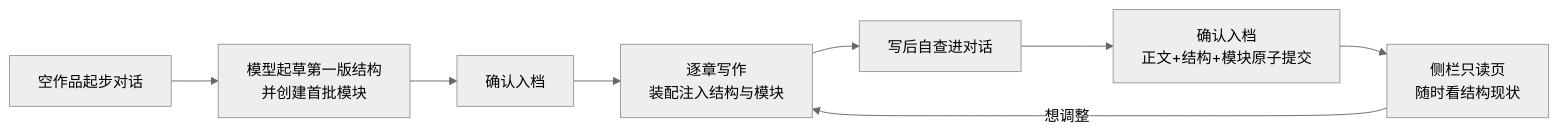
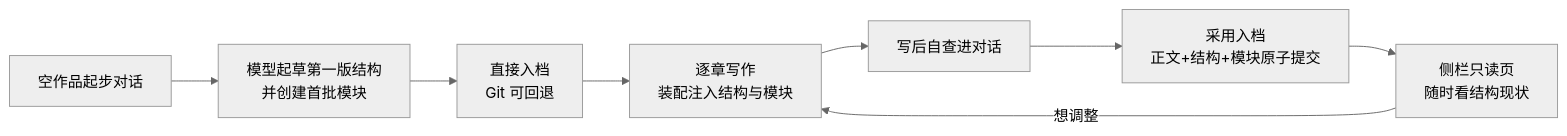
The diagram in product-design/v1.2/README.md (plankton12138/ClueLedger), drawn with Mermaid (neutral theme) before and after one commit. The commit also changed other lines of this file and 4 other files, not shown here.

````diff
--- a/product-design/v1.2/README.md
+++ b/product-design/v1.2/README.md
@@ -40,10 +44,10 @@
 ```mermaid
 flowchart LR
     A[空作品起步对话] --> B[模型起草第一版结构<br>并创建首批模块]
-    B --> C[确认入档]
+    B --> C[直接入档<br>Git 可回退]
     C --> D[逐章写作<br>装配注入结构与模块]
     D --> E[写后自查进对话]
-    E --> F[确认入档<br>正文+结构+模块原子提交]
+    E --> F[采用入档<br>正文+结构+模块原子提交]
     F --> G[侧栏只读页<br>随时看结构现状]
     G -->|想调整| D
 ```
````
